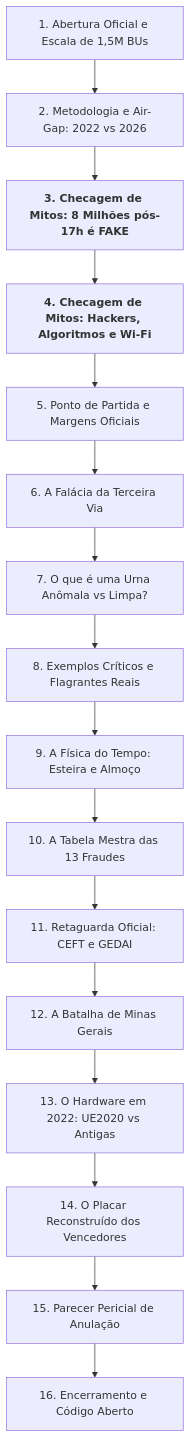
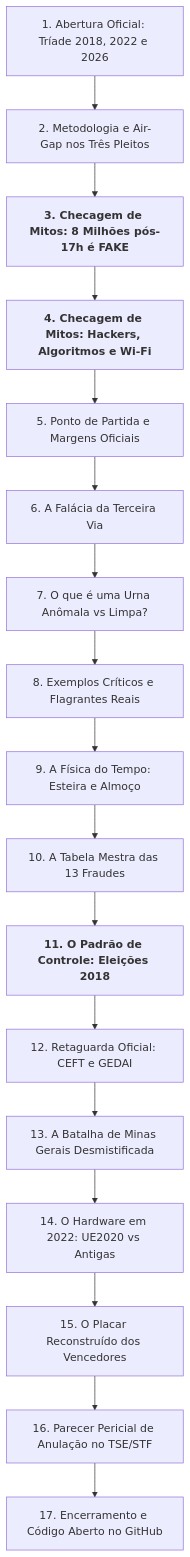
One commit to dilneiss/analise-forense-100-anomalias-eleicoes-2026-brasil changed the diagram in APRESENTACAO_DOSSIE_PERICIAL_ELEICOES.md. Above: the diagram before and after it, drawn with Mermaid. The commit also changed other lines of this file and 34 other files, not shown here.

Commit message:
feat(2018): integrar auditoria pericial oficial de 2018 (454k BUs) como Padrao Cientifico de Controle de Normalidade nos slides (17 capitulos), README e relatorios

````diff
--- a/APRESENTACAO_DOSSIE_PERICIAL_ELEICOES.md
+++ b/APRESENTACAO_DOSSIE_PERICIAL_ELEICOES.md
@@ -10,18 +10,19 @@
 ```mermaid
 flowchart TD
-    C1[1. Abertura Oficial e Escala de 1,5M BUs] --> C2[2. Metodologia e Air-Gap: 2022 vs 2026]
+    C1[1. Abertura Oficial: Tríade 2018, 2022 e 2026] --> C2[2. Metodologia e Air-Gap nos Três Pleitos]
     C2 --> C3[<b>3. Checagem de Mitos: 8 Milhões pós-17h é FAKE</b>]
     C3 --> C4[<b>4. Checagem de Mitos: Hackers, Algoritmos e Wi-Fi</b>]
     C4 --> C5[5. Ponto de Partida e Margens Oficiais]
     C5 --> C6[6. A Falácia da Terceira Via]
     C6 --> C7[7. O que é uma Urna Anômala vs Limpa?]
     C7 --> C8[8. Exemplos Críticos e Flagrantes Reais]
     C8 --> C9[9. A Física do Tempo: Esteira e Almoço]
     C9 --> C10[10. A Tabela Mestra das 13 Fraudes]
-    C10 --> C11[11. Retaguarda Oficial: CEFT e GEDAI]
-    C11 --> C12[12. A Batalha de Minas Gerais]
-    C12 --> C13[13. O Hardware em 2022: UE2020 vs Antigas]
-    C13 --> C14[14. O Placar Reconstruído dos Vencedores]
-    C14 --> C15[15. Parecer Pericial de Anulação]
-    C15 --> C16[16. Encerramento e Código Aberto]
+    C10 --> C11[<b>11. O Padrão de Controle: Eleições 2018</b>]
+    C11 --> C12[12. Retaguarda Oficial: CEFT e GEDAI]
+    C12 --> C13[13. A Batalha de Minas Gerais Desmistificada]
+    C13 --> C14[14. O Hardware em 2022: UE2020 vs Antigas]
+    C14 --> C15[15. O Placar Reconstruído dos Vencedores]
+    C15 --> C16[16. Parecer Pericial de Anulação no TSE/STF]
+    C16 --> C17[17. Encerramento e Código Aberto no GitHub]
 ```
````
